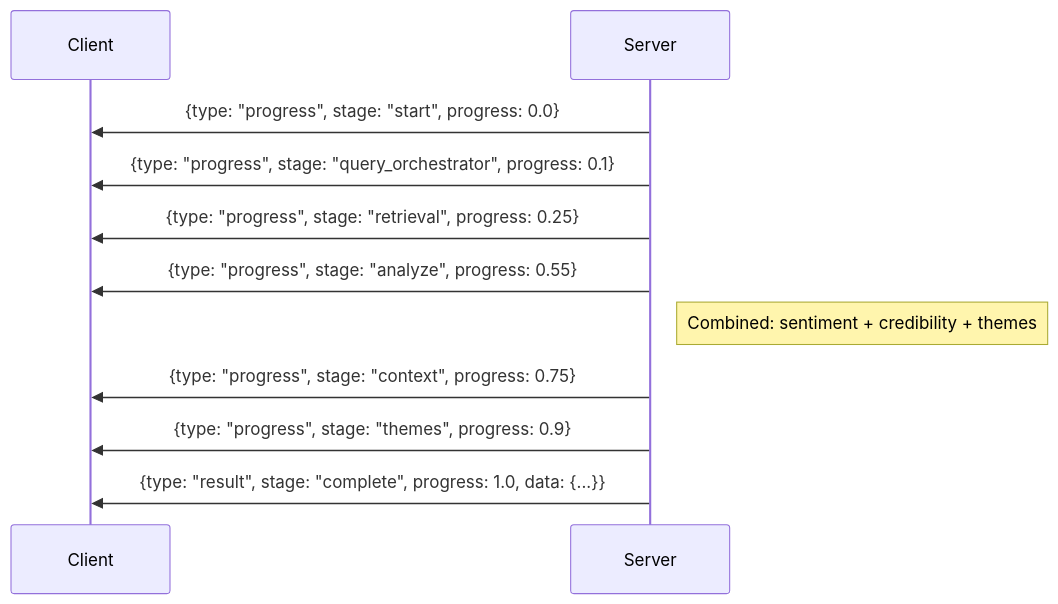
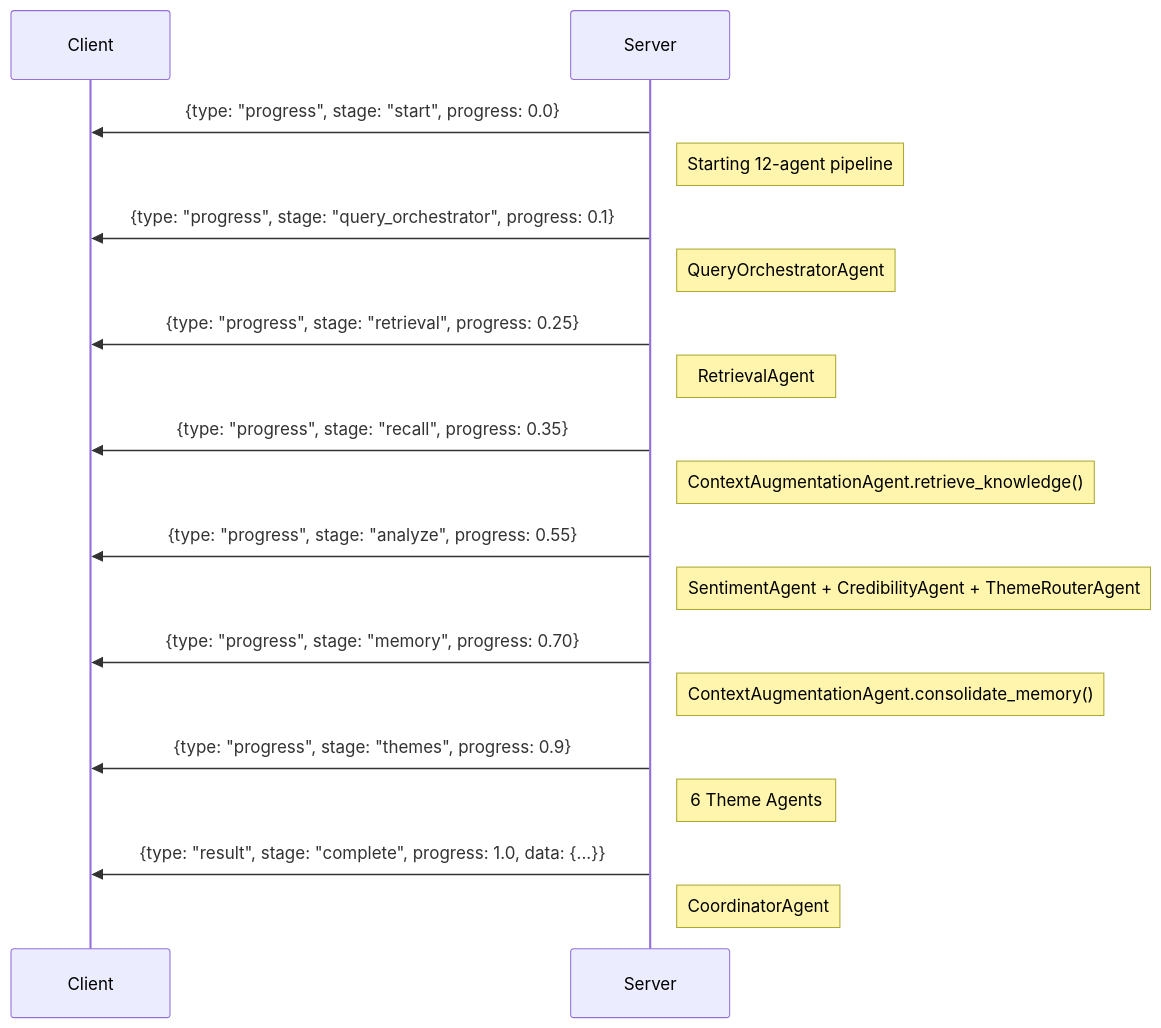
Before and after one commit to donyelqt/Hinaing: the fifth of 7 diagrams in docs/CHAT_ARCHITECTURE.md, drawn with Mermaid. The commit also changed other lines of this file and 6 other files, not shown here.

First line of the commit message:
docs: Update architecture documentation with 7-node self-learning pipeline and LLM model refinements

````diff
--- a/docs/CHAT_ARCHITECTURE.md
+++ b/docs/CHAT_ARCHITECTURE.md
@@ -339,14 +335,22 @@
 ```mermaid
 sequenceDiagram
     participant Client
     participant Server
 
     Server->>Client: {type: "progress", stage: "start", progress: 0.0}
+    Note right of Server: Starting 12-agent pipeline
     Server->>Client: {type: "progress", stage: "query_orchestrator", progress: 0.1}
+    Note right of Server: QueryOrchestratorAgent
     Server->>Client: {type: "progress", stage: "retrieval", progress: 0.25}
+    Note right of Server: RetrievalAgent
+    Server->>Client: {type: "progress", stage: "recall", progress: 0.35}
+    Note right of Server: ContextAugmentationAgent.retrieve_knowledge()
     Server->>Client: {type: "progress", stage: "analyze", progress: 0.55}
-    Note right of Server: Combined: sentiment + credibility + themes
-    Server->>Client: {type: "progress", stage: "context", progress: 0.75}
+    Note right of Server: SentimentAgent + CredibilityAgent + ThemeRouterAgent
+    Server->>Client: {type: "progress", stage: "memory", progress: 0.70}
+    Note right of Server: ContextAugmentationAgent.consolidate_memory()
     Server->>Client: {type: "progress", stage: "themes", progress: 0.9}
+    Note right of Server: 6 Theme Agents
     Server->>Client: {type: "result", stage: "complete", progress: 1.0, data: {...}}
+    Note right of Server: CoordinatorAgent
 ```
````
